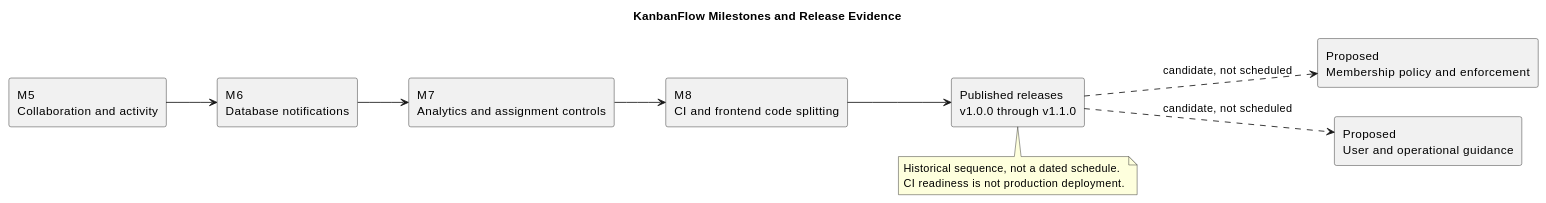
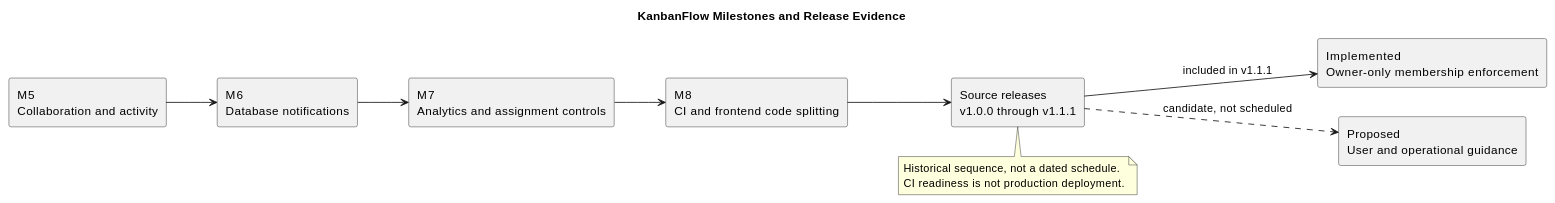
The diagram in docs/Project-Management/milestones.md (Farhad-Valizadegan/Web-KanbanFlow), drawn with PlantUML before and after one commit. The commit also changed other lines of this file and 127 other files, not shown here.

````diff
--- a/docs/Project-Management/milestones.md
+++ b/docs/Project-Management/milestones.md
@@ -98,23 +98,23 @@
 ```plantuml
 @startuml
 title KanbanFlow Milestones and Release Evidence
 left to right direction
 rectangle "M5\nCollaboration and activity" as M5
 rectangle "M6\nDatabase notifications" as M6
 rectangle "M7\nAnalytics and assignment controls" as M7
 rectangle "M8\nCI and frontend code splitting" as M8
-rectangle "Published releases\nv1.0.0 through v1.1.0" as R
-rectangle "Proposed\nMembership policy and enforcement" as P
+rectangle "Source releases\nv1.0.0 through v1.1.1" as R
+rectangle "Implemented\nOwner-only membership enforcement" as P
 rectangle "Proposed\nUser and operational guidance" as G
 M5 --> M6
 M6 --> M7
 M7 --> M8
 M8 --> R
-R ..> P : candidate, not scheduled
+R --> P : included in v1.1.1
 R ..> G : candidate, not scheduled
 note bottom of R
 Historical sequence, not a dated schedule.
 CI readiness is not production deployment.
 end note
 @enduml
 ```
````
